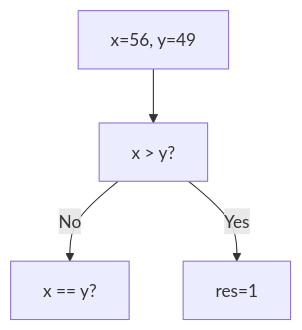
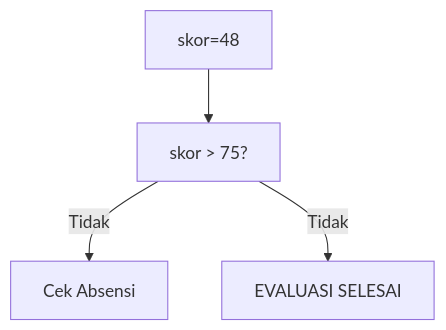
Before and after one commit to amnahwaida/OSNK_INF_PREP: the tenth of 25 diagrams in part-c-pemahaman-cpp/02-percabangan/latihan/set-09.md, drawn with Mermaid. The commit also changed other lines of this file and 71 other files, not shown here.

````diff
--- a/part-c-pemahaman-cpp/02-percabangan/latihan/set-09.md
+++ b/part-c-pemahaman-cpp/02-percabangan/latihan/set-09.md
@@ -276,6 +287,6 @@
 ```mermaid
 graph TD
-A["x=56, y=49"] --> B["x > y?"]
-B -- No --> C["x == y?"]
-B -- Yes --> D[res=1]
+A["skor=48"] --> B["skor > 75?"]
+B -- Tidak --> C["Cek Absensi"]
+B -- Tidak --> D["EVALUASI SELESAI"]
 ```
````
